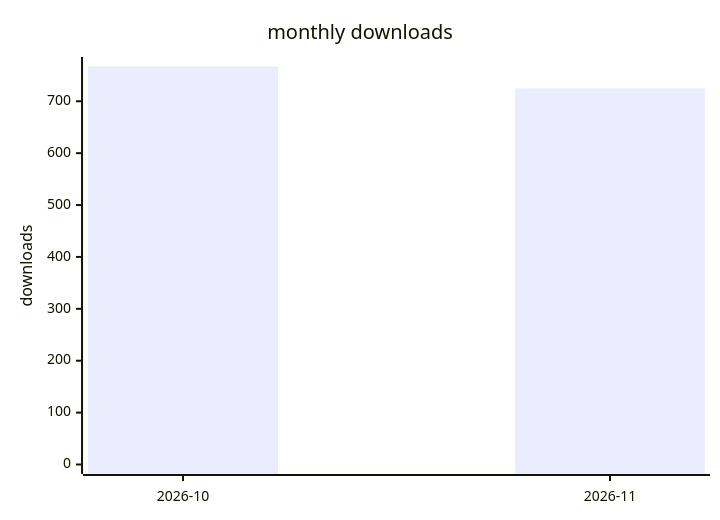
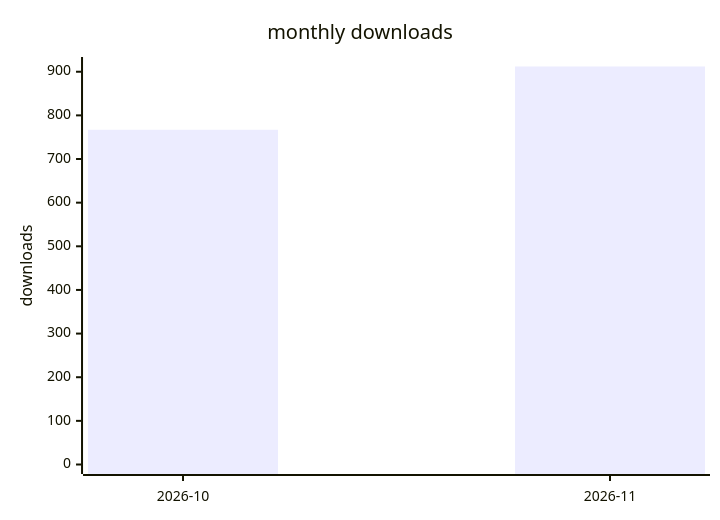
Before and after one commit to terry2010/opencode-loop-recover: the second of 2 diagrams in docs/downloads-2026.md, drawn with Mermaid. The commit also changed other lines of this file and 1 other file, not shown here.

````diff
--- a/docs/downloads-2026.md
+++ b/docs/downloads-2026.md
@@ -29,7 +29,7 @@
 ```mermaid
 xychart-beta
     title "monthly downloads"
     x-axis ["2026-10", "2026-11"]
-    y-axis "downloads" 0 --> 767
-    bar [767, 725]
+    y-axis "downloads" 0 --> 912
+    bar [767, 912]
 ```
````
